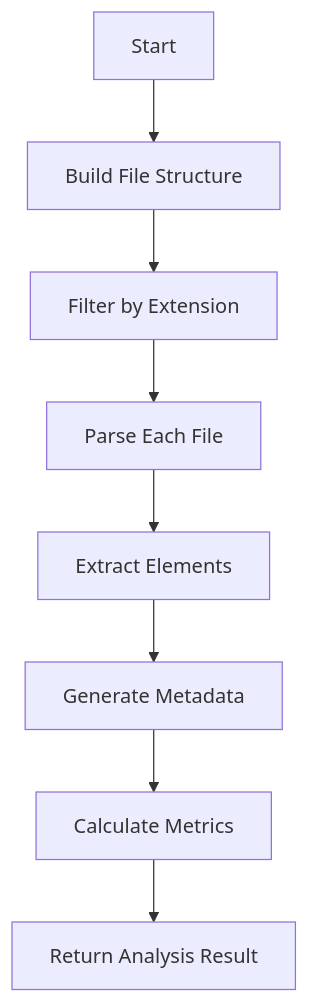
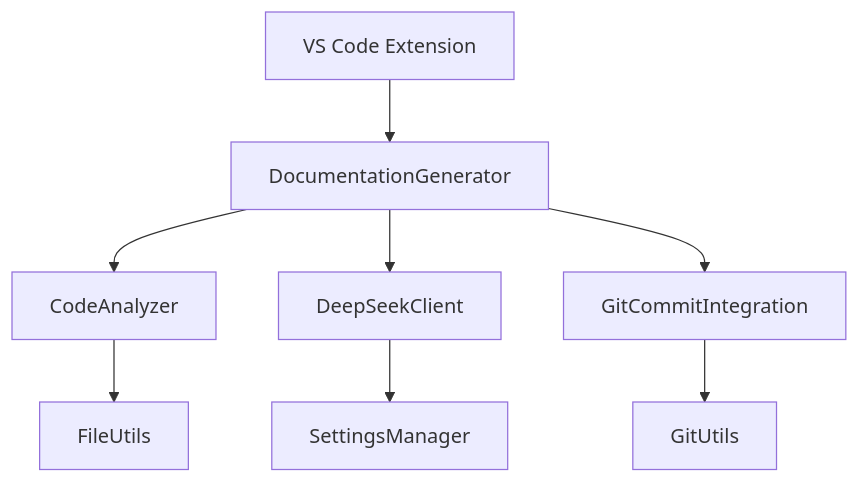
Before and after one commit to voznyye/AutoDoc: the first of 3 diagrams in PROJECT_OVERVIEW.md, drawn with Mermaid. The commit also changed other lines of this file and 4 other files, not shown here.

````diff
--- a/PROJECT_OVERVIEW.md
+++ b/PROJECT_OVERVIEW.md
@@ -236,10 +32,10 @@
 ```mermaid
 graph TD
-  A[Start] --> B[Build File Structure]
-  B --> C[Filter by Extension]
-  C --> D[Parse Each File]
-  D --> E[Extract Elements]
-  E --> F[Generate Metadata]
-  F --> G[Calculate Metrics]
-  G --> H[Return Analysis Result]
+    A[VS Code Extension] --> B[DocumentationGenerator]
+    B --> C[CodeAnalyzer]
+    B --> D[DeepSeekClient]
+    B --> E[GitCommitIntegration]
+    C --> F[FileUtils]
+    D --> G[SettingsManager]
+    E --> H[GitUtils]
 ```
````
